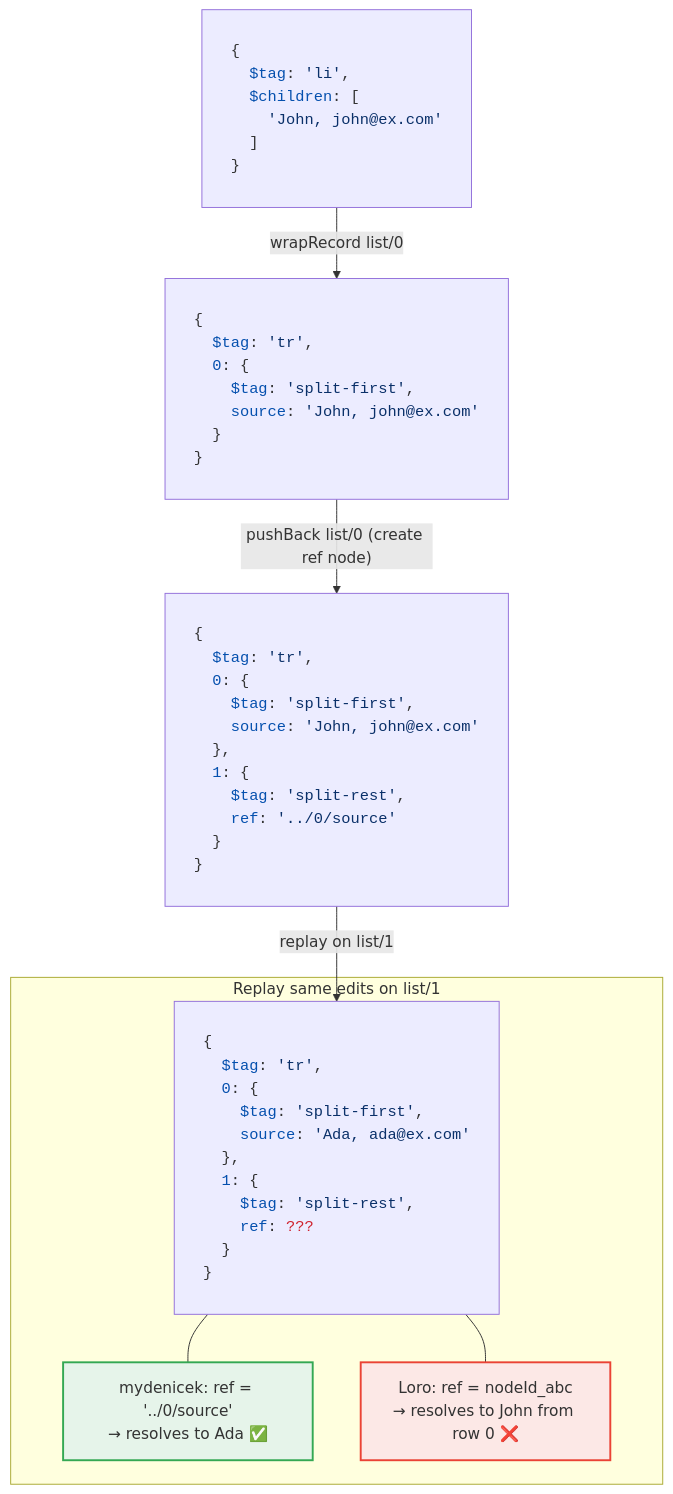
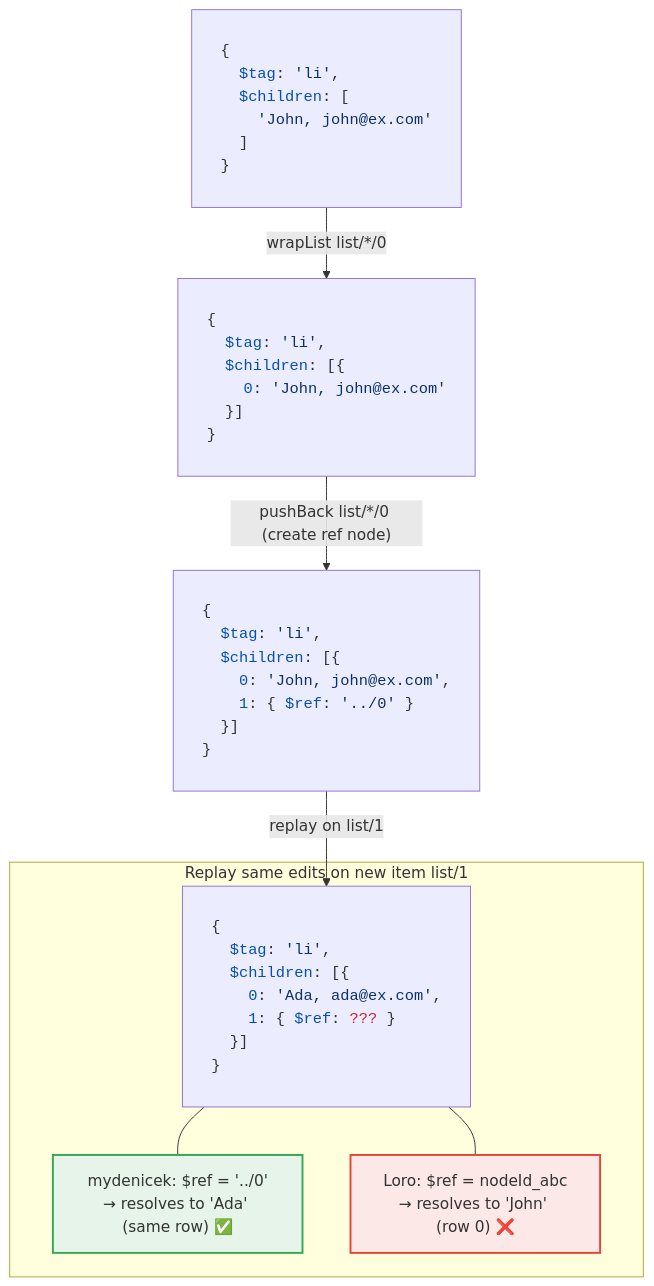
Before and after one commit to krsion/master-thesis: the diagram in img/retargeting.mmd, drawn with Mermaid. The commit also changed 1 other file, not shown here.

Commit message:
Fix retargeting diagram: wrapList + ref ../0 correctly shows the problem
wrapList wraps value into list, pushBack creates ref node at index 1
referencing ../0. On replay, mydenicek ../0 resolves to same row,
Loro nodeId resolves to row 0.

```diff
--- a/img/retargeting.mmd
+++ b/img/retargeting.mmd
@@ -1,62 +1,53 @@
 %%{init: {'themeVariables': {'fontFamily': 'monospace'}}}%%
 graph TB
     S1["<pre style='text-align:left'>
 {
   <span style='color:#0550ae'>$tag</span>: <span style='color:#0a3069'>'li'</span>,
   <span style='color:#0550ae'>$children</span>: [
     <span style='color:#0a3069'>'John, john@ex.com'</span>
   ]
 }
 </pre>"]
     S2["<pre style='text-align:left'>
 {
-  <span style='color:#0550ae'>$tag</span>: <span style='color:#0a3069'>'tr'</span>,
-  <span style='color:#0550ae'>0</span>: {
-    <span style='color:#0550ae'>$tag</span>: <span style='color:#0a3069'>'split-first'</span>,
-    <span style='color:#0550ae'>source</span>: <span style='color:#0a3069'>'John, john@ex.com'</span>
-  }
+  <span style='color:#0550ae'>$tag</span>: <span style='color:#0a3069'>'li'</span>,
+  <span style='color:#0550ae'>$children</span>: [{
+    <span style='color:#0550ae'>0</span>: <span style='color:#0a3069'>'John, john@ex.com'</span>
+  }]
 }
 </pre>"]
     S3["<pre style='text-align:left'>
 {
-  <span style='color:#0550ae'>$tag</span>: <span style='color:#0a3069'>'tr'</span>,
-  <span style='color:#0550ae'>0</span>: {
-    <span style='color:#0550ae'>$tag</span>: <span style='color:#0a3069'>'split-first'</span>,
-    <span style='color:#0550ae'>source</span>: <span style='color:#0a3069'>'John, john@ex.com'</span>
-  },
-  <span style='color:#0550ae'>1</span>: {
-    <span style='color:#0550ae'>$tag</span>: <span style='color:#0a3069'>'split-rest'</span>,
-    <span style='color:#0550ae'>ref</span>: <span style='color:#0a3069'>'../0/source'</span>
-  }
+  <span style='color:#0550ae'>$tag</span>: <span style='color:#0a3069'>'li'</span>,
+  <span style='color:#0550ae'>$children</span>: [{
+    <span style='color:#0550ae'>0</span>: <span style='color:#0a3069'>'John, john@ex.com'</span>,
+    <span style='color:#0550ae'>1</span>: { <span style='color:#0550ae'>$ref</span>: <span style='color:#0a3069'>'../0'</span> }
+  }]
 }
 </pre>"]
 
-    S1 -- "wrapRecord list/0" --> S2
-    S2 -- "pushBack list/0 (create ref node)" --> S3
+    S1 -- "wrapList list/*/0" --> S2
+    S2 -- "pushBack list/*/0 (create ref node)" --> S3
 
-    subgraph replay["Replay same edits on list/1"]
+    subgraph replay["Replay same edits on new item list/1"]
         S4["<pre style='text-align:left'>
 {
-  <span style='color:#0550ae'>$tag</span>: <span style='color:#0a3069'>'tr'</span>,
-  <span style='color:#0550ae'>0</span>: {
-    <span style='color:#0550ae'>$tag</span>: <span style='color:#0a3069'>'split-first'</span>,
-    <span style='color:#0550ae'>source</span>: <span style='color:#0a3069'>'Ada, ada@ex.com'</span>
-  },
-  <span style='color:#0550ae'>1</span>: {
-    <span style='color:#0550ae'>$tag</span>: <span style='color:#0a3069'>'split-rest'</span>,
-    <span style='color:#0550ae'>ref</span>: <span style='color:#cf222e'>???</span>
-  }
+  <span style='color:#0550ae'>$tag</span>: <span style='color:#0a3069'>'li'</span>,
+  <span style='color:#0550ae'>$children</span>: [{
+    <span style='color:#0550ae'>0</span>: <span style='color:#0a3069'>'Ada, ada@ex.com'</span>,
+    <span style='color:#0550ae'>1</span>: { <span style='color:#0550ae'>$ref</span>: <span style='color:#cf222e'>???</span> }
+  }]
 }
 </pre>"]
-        OK["mydenicek: ref = '../0/source'
-→ resolves to Ada ✅"]
-        BAD["Loro: ref = nodeId_abc
-→ resolves to John from row 0 ❌"]
+        OK["mydenicek: $ref = '../0'
+→ resolves to 'Ada' (same row) ✅"]
+        BAD["Loro: $ref = nodeId_abc
+→ resolves to 'John' (row 0) ❌"]
     end
 
     S3 -- "replay on list/1" --> S4
     S4 --- OK
     S4 --- BAD
 
     style OK fill:#e6f4ea,stroke:#34a853,stroke-width:2px
     style BAD fill:#fce8e6,stroke:#ea4335,stroke-width:2px
```
